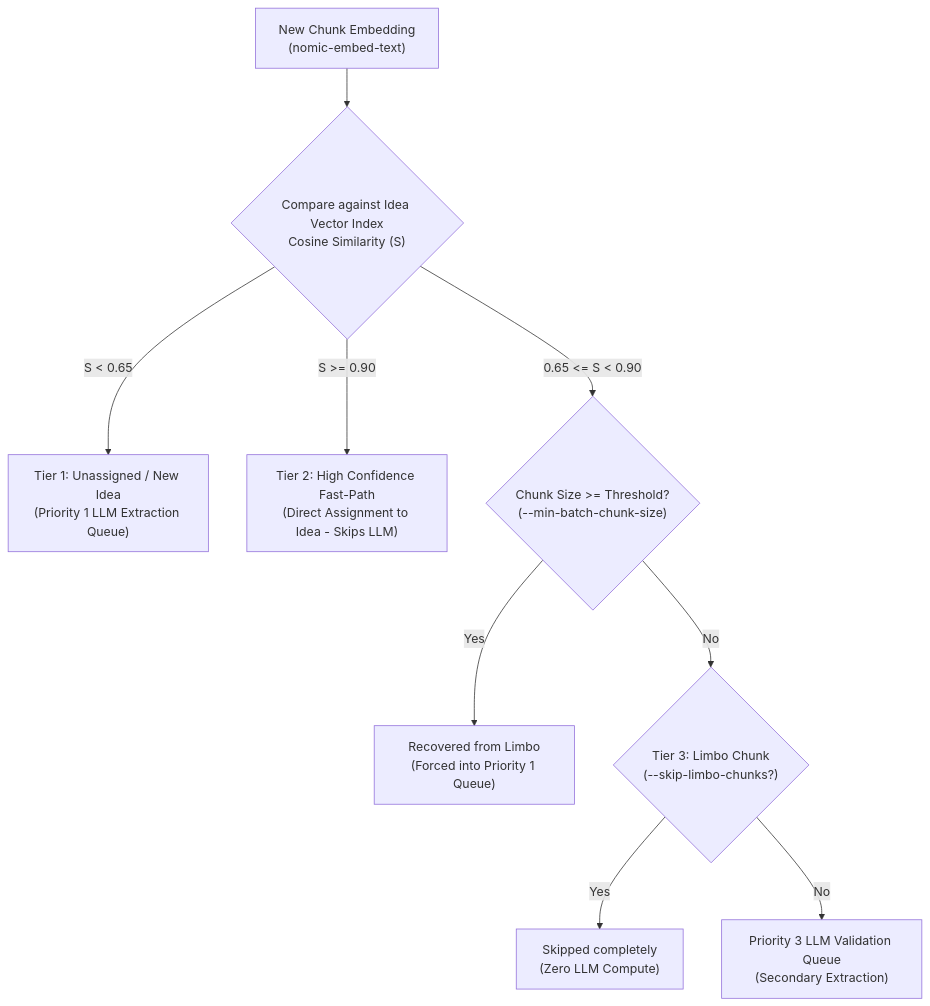
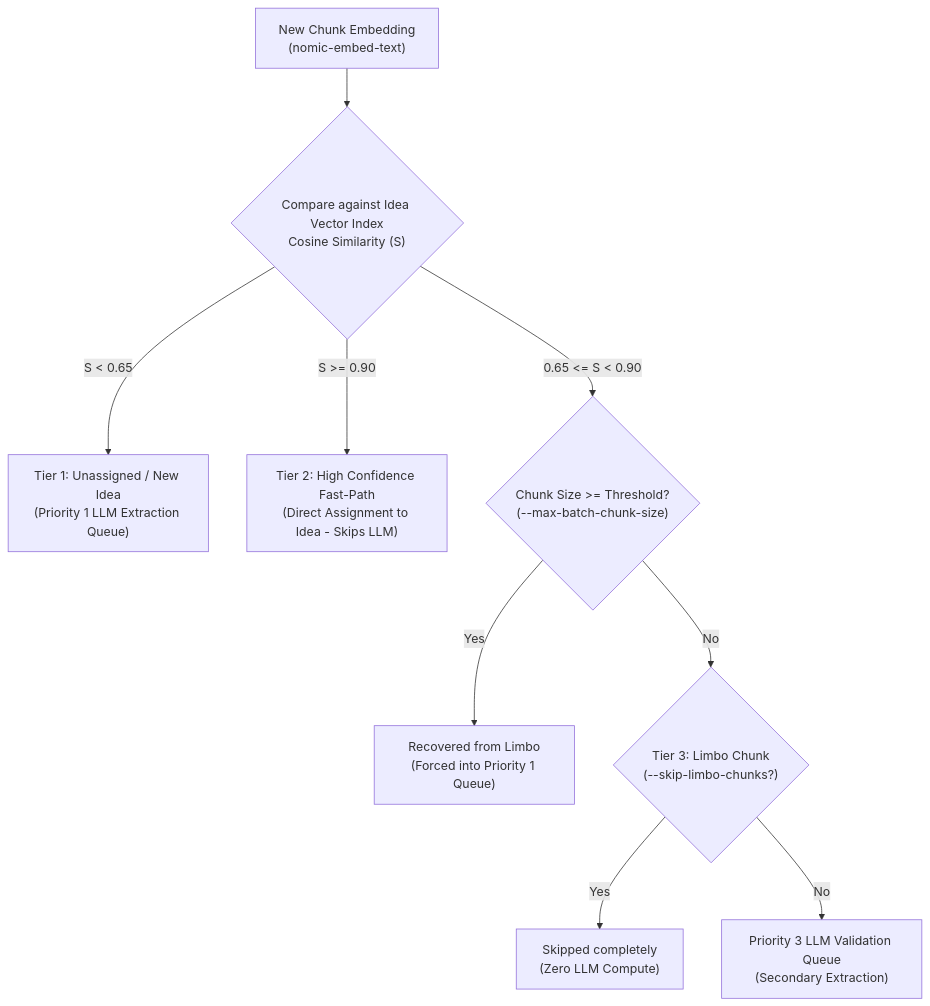
One commit to Sergsw74/bookeeper changed the second of 2 diagrams in docs/building-graph.md. Above: the diagram before and after it, drawn with Mermaid. The commit also changed other lines of this file and 6 other files, not shown here.

Commit message:
refactor(config): remove min_batch_chunk_size and retain max_batch_chunk_size for limbo recovery

````diff
--- a/docs/building-graph.md
+++ b/docs/building-graph.md
@@ -96,11 +96,11 @@
 ```mermaid
 flowchart TD
     Chunk["New Chunk Embedding\n(nomic-embed-text)"] --> SimCheck{"Compare against Idea Vector Index\nCosine Similarity (S)"}
     SimCheck -->|S < 0.65| P1["Tier 1: Unassigned / New Idea\n(Priority 1 LLM Extraction Queue)"]
     SimCheck -->|S >= 0.90| P2["Tier 2: High Confidence Fast-Path\n(Direct Assignment to Idea - Skips LLM)"]
-    SimCheck -->|0.65 <= S < 0.90| SizeCheck{"Chunk Size >= Threshold?\n(--min-batch-chunk-size)"}
+    SimCheck -->|0.65 <= S < 0.90| SizeCheck{"Chunk Size >= Threshold?\n(--max-batch-chunk-size)"}
     SizeCheck -->|Yes| P1Recov["Recovered from Limbo\n(Forced into Priority 1 Queue)"]
     SizeCheck -->|No| P3{"Tier 3: Limbo Chunk\n(--skip-limbo-chunks?)"}
     P3 -->|Yes| P3Skip["Skipped completely\n(Zero LLM Compute)"]
     P3 -->|No| P3LLM["Priority 3 LLM Validation Queue\n(Secondary Extraction)"]
 ```
````
